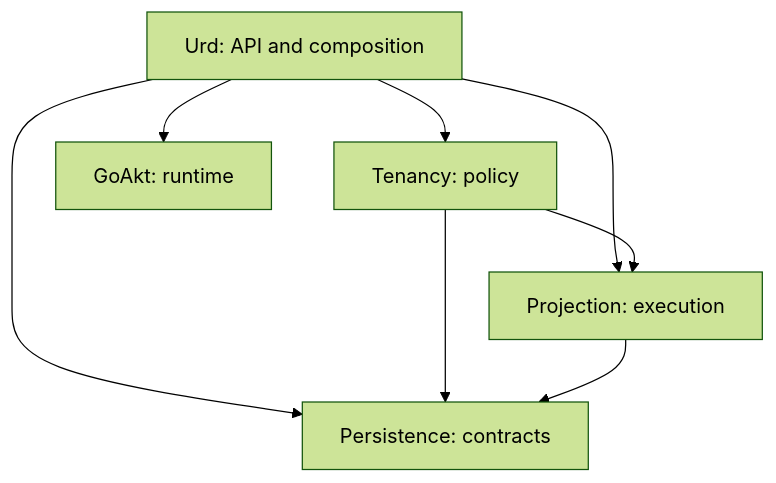
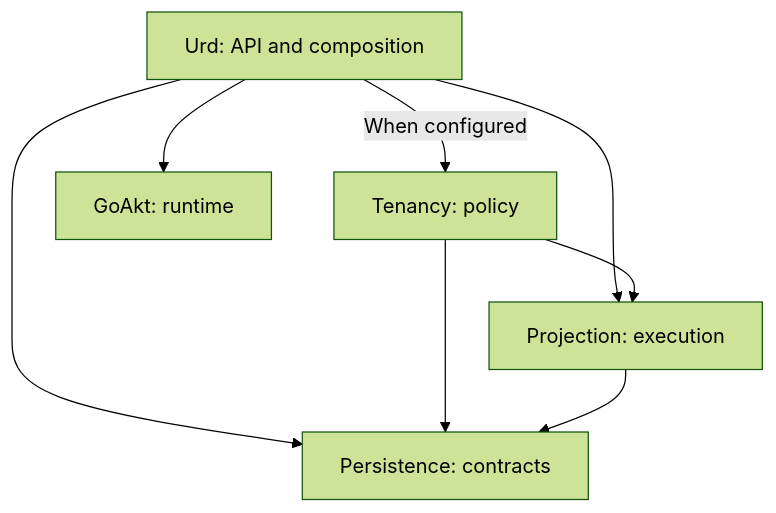
The second of 5 diagrams in docs/prd/urd-platform-prd.md (getsyntegrity/urd), drawn with Mermaid (forest theme) before and after one commit. The commit also changed other lines of this file, not shown here.

````diff
--- a/docs/prd/urd-platform-prd.md
+++ b/docs/prd/urd-platform-prd.md
@@ -48,10 +76,10 @@
 ```mermaid
 flowchart TD
-  U["Urd: API and composition"] --> T["Tenancy: policy"]
+  U["Urd: API and composition"] -->|When configured| T["Tenancy: policy"]
   U --> R["Projection: execution"]
   U --> P["Persistence: contracts"]
   T --> R
   T --> P
   R --> P
   U --> G["GoAkt: runtime"]
 ```
````
